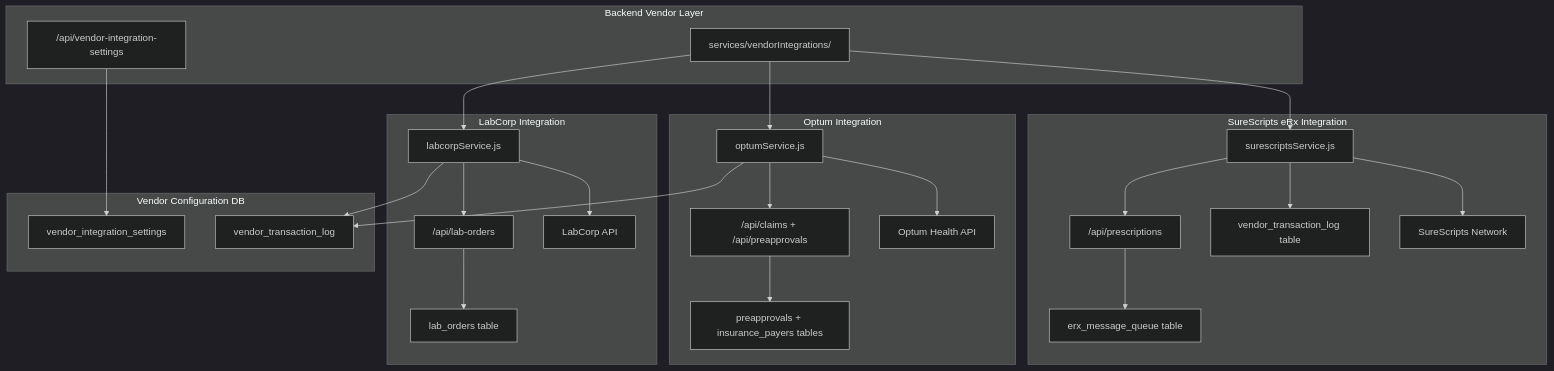
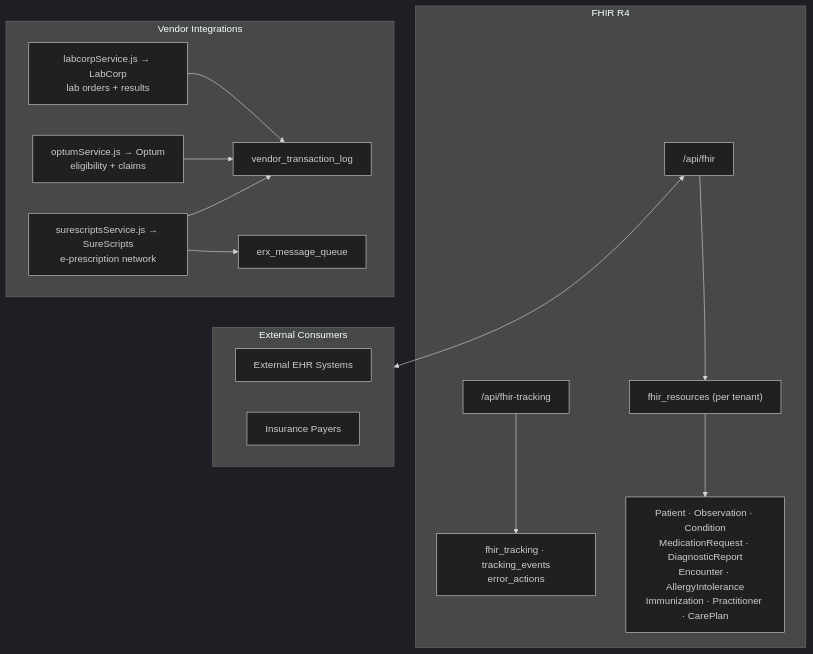
Diagram 15 of 19 in ARCHITECTURE_DIAGRAM.md (rajbizchannels/AureonCare), drawn with Mermaid (dark theme) before and after one commit. The commit also changed other lines of this file, not shown here.

First line of the commit message:
Update the architecture diagram to match the code as it stands

````diff
--- a/ARCHITECTURE_DIAGRAM.md
+++ b/ARCHITECTURE_DIAGRAM.md
@@ -753,51 +665,31 @@
 ```mermaid
 graph TB
-    subgraph BE_VENDOR["Backend Vendor Layer"]
-        VENDOR_ROUTE["/api/vendor-integration-settings"]
-        VENDOR_SVC_DIR["services/vendorIntegrations/"]
+    subgraph FHIR["FHIR R4"]
+        FR["/api/fhir"]
+        FT["/api/fhir-tracking"]
+        FRES["fhir_resources (per tenant)"]
+        FTRK["fhir_tracking · tracking_events<br/>error_actions"]
+        FTYPES["Patient · Observation · Condition<br/>MedicationRequest · DiagnosticReport<br/>Encounter · AllergyIntolerance<br/>Immunization · Practitioner · CarePlan"]
     end
 
-    subgraph LabCorp["LabCorp Integration"]
-        LC_SVC["labcorpService.js"]
-        LC_ORDERS["/api/lab-orders"]
-        LC_DB["lab_orders table"]
-        LC_API["LabCorp API"]
+    subgraph Vendors["Vendor Integrations"]
+        LC["labcorpService.js → LabCorp<br/>lab orders + results"]
+        OPT["optumService.js → Optum<br/>eligibility + claims"]
+        SS["surescriptsService.js → SureScripts<br/>e-prescription network"]
+        VLOG["vendor_transaction_log"]
+        ERXQ["erx_message_queue"]
     end
 
-    subgraph Optum["Optum Integration"]
-        OPT_SVC["optumService.js"]
-        OPT_CLAIMS["/api/claims + /api/preapprovals"]
-        OPT_DB["preapprovals + insurance_payers tables"]
-        OPT_API["Optum Health API"]
+    subgraph Ext["External Consumers"]
+        EHRX["External EHR Systems"]
+        PAYERS["Insurance Payers"]
     end
 
-    subgraph SureScripts["SureScripts eRx Integration"]
-        SS_SVC["surescriptsService.js"]
-        SS_RX["/api/prescriptions"]
-        SS_QUEUE["erx_message_queue table"]
-        SS_LOG["vendor_transaction_log table"]
-        SS_API["SureScripts Network"]
-    end
-
-    subgraph VendorConfig["Vendor Configuration DB"]
-        VEND_SET_DB["vendor_integration_settings"]
-        VEND_LOG_DB["vendor_transaction_log"]
-    end
-
-    VENDOR_ROUTE --> VEND_SET_DB
-    VENDOR_SVC_DIR --> LC_SVC
-    VENDOR_SVC_DIR --> OPT_SVC
-    VENDOR_SVC_DIR --> SS_SVC
-
-    LC_SVC --> LC_ORDERS --> LC_DB
-    LC_SVC --> LC_API
-    LC_SVC --> VEND_LOG_DB
-
-    OPT_SVC --> OPT_CLAIMS --> OPT_DB
-    OPT_SVC --> OPT_API
-    OPT_SVC --> VEND_LOG_DB
-
-    SS_SVC --> SS_RX --> SS_QUEUE
-    SS_SVC --> SS_API
-    SS_SVC --> SS_LOG
+    FR --> FRES --> FTYPES
+    FT --> FTRK
+    FR <--> Ext
+    LC --> VLOG
+    OPT --> VLOG
+    SS --> ERXQ
+    SS --> VLOG
 ```
````
